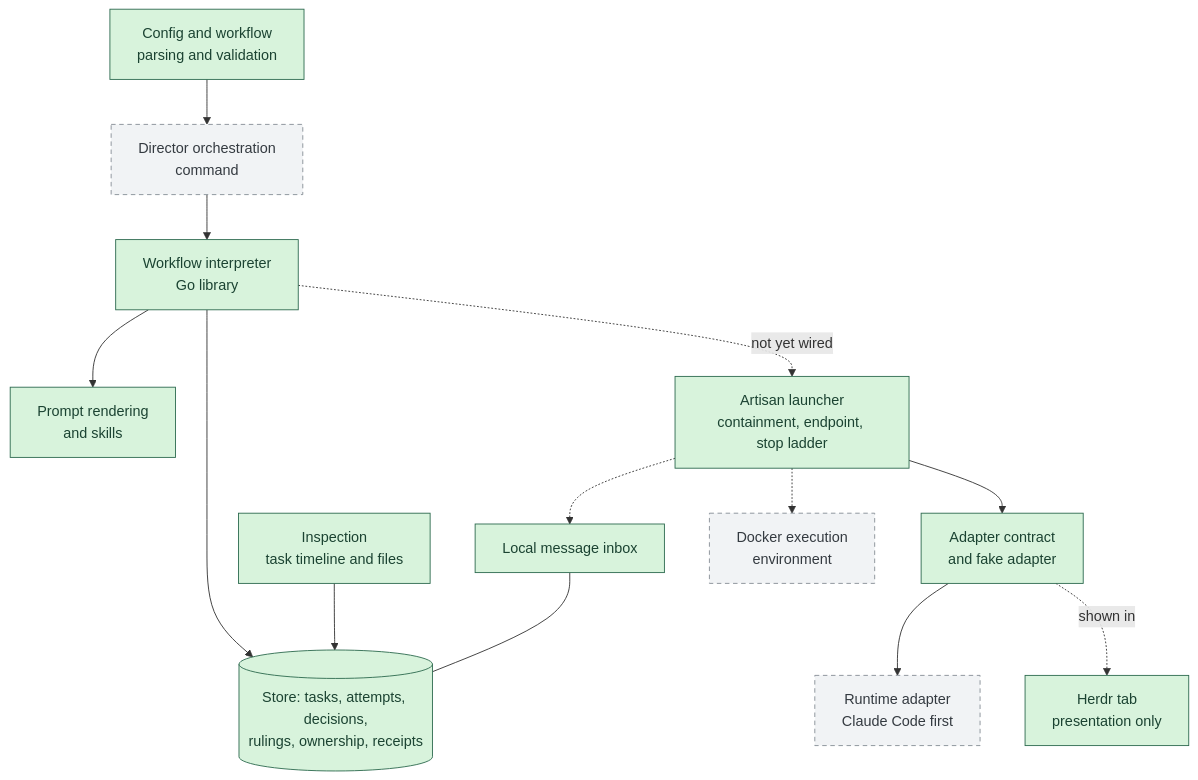
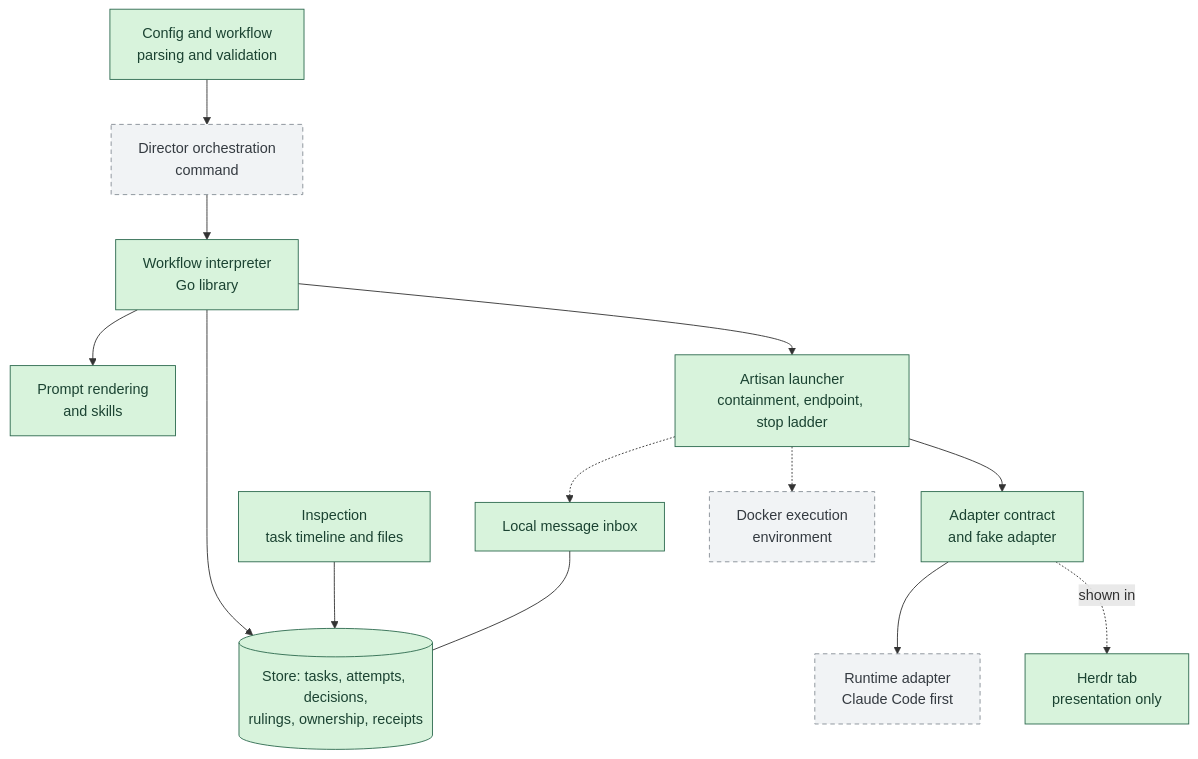
The second of 4 diagrams in README.md (ndrwl/guildhall), drawn with Mermaid before and after one commit. The commit also changed other lines of this file and 1 other file, not shown here.

````diff
--- a/README.md
+++ b/README.md
@@ -85,31 +85,31 @@
 ```mermaid
 flowchart TB
     classDef built fill:#d8f3dc,stroke:#2d6a4f,color:#1b4332
     classDef planned fill:#f1f3f5,stroke:#868e96,color:#343a40,stroke-dasharray:5 4
 
     CFG["Config and workflow<br/>parsing and validation"]:::built
     STORE[("Store: tasks, attempts, decisions,<br/>rulings, ownership, receipts")]:::built
     MSG["Local message inbox"]:::built
     INSP["Inspection<br/>task timeline and files"]:::built
     DIR["Director orchestration<br/>command"]:::planned
     INTERP["Workflow interpreter<br/>Go library"]:::built
     RENDER["Prompt rendering<br/>and skills"]:::built
     WRAP["Artisan launcher<br/>containment, endpoint, stop ladder"]:::built
     ADAPT["Adapter contract<br/>and fake adapter"]:::built
     RT["Runtime adapter<br/>Claude Code first"]:::planned
     EXEC["Docker execution<br/>environment"]:::planned
     HERDR["Herdr tab<br/>presentation only"]:::built
 
     CFG --> DIR
     DIR --> INTERP
     INTERP --> STORE
     INTERP --> RENDER
     INSP --> STORE
     MSG --- STORE
-    INTERP -. "not yet wired" .-> WRAP
+    INTERP --> WRAP
     WRAP --> ADAPT
     ADAPT --> RT
     WRAP -.-> EXEC
     WRAP -.-> MSG
     ADAPT -. "shown in" .-> HERDR
 ```
````
